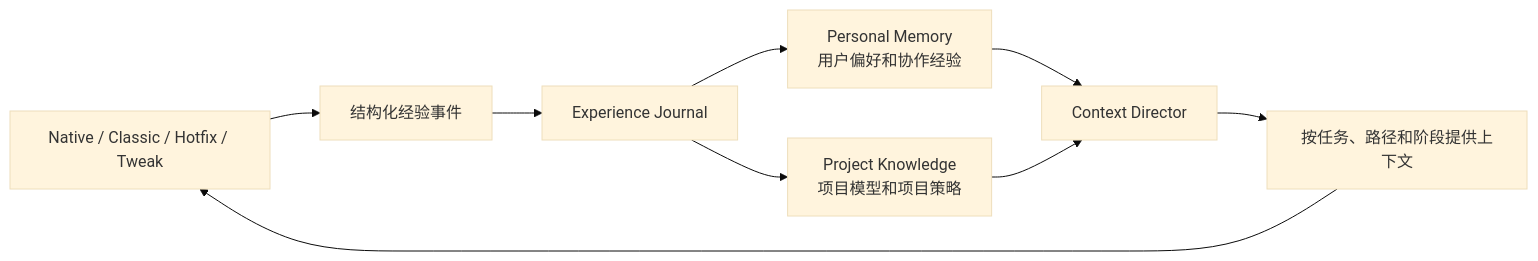
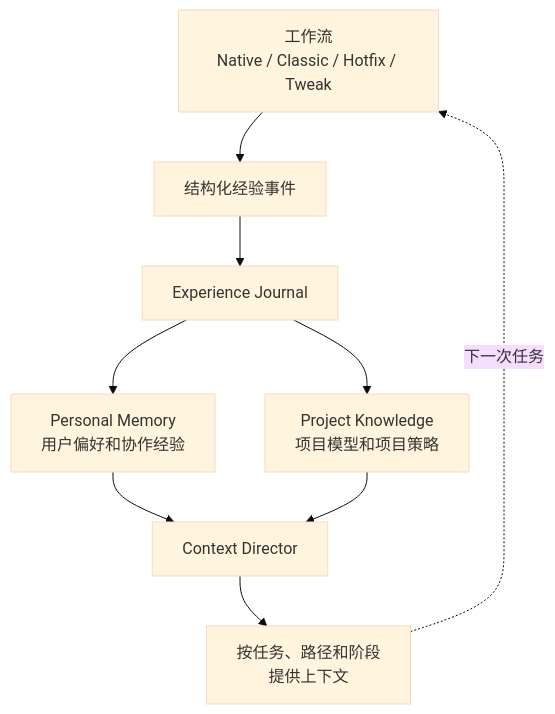
One commit to rpamis/comet-website-docs changed the diagram in zh/tech-blog/comet-0.4.0-rc1.mdx. Above: the diagram before and after it, drawn with Mermaid (base theme). The commit also changed other lines of this file and 158 other files, not shown here.

````diff
--- a/zh/tech-blog/comet-0.4.0-rc1.mdx
+++ b/zh/tech-blog/comet-0.4.0-rc1.mdx
@@ -24,11 +24,11 @@
 ```mermaid
-flowchart LR
-  W["Native / Classic / Hotfix / Tweak"] --> E["结构化经验事件"]
+flowchart TB
+  W["工作流<br/>Native / Classic / Hotfix / Tweak"] --> E["结构化经验事件"]
   E --> J["Experience Journal"]
-  J --> M["Personal Memory\n用户偏好和协作经验"]
-  J --> K["Project Knowledge\n项目模型和项目策略"]
+  J --> M["Personal Memory<br/>用户偏好和协作经验"]
+  J --> K["Project Knowledge<br/>项目模型和项目策略"]
   M --> D["Context Director"]
   K --> D
-  D --> C["按任务、路径和阶段提供上下文"]
-  C --> W
+  D --> C["按任务、路径和阶段<br/>提供上下文"]
+  C -. 下一次任务 .-> W
 ```
````
